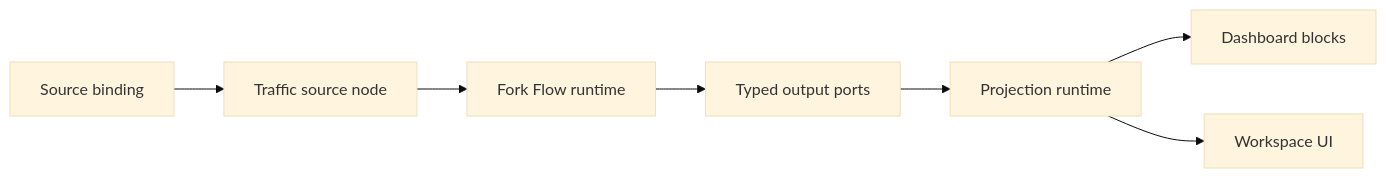
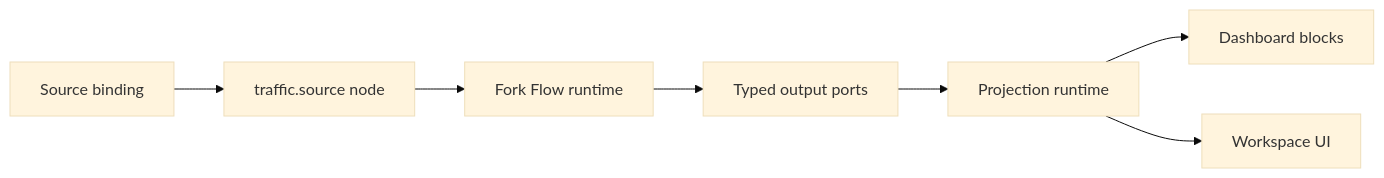
One commit to araxis/FluxMq changed the fourth of 4 diagrams in docs/architecture.md. Above: the diagram before and after it, drawn with Mermaid (base theme). The commit also changed other lines of this file and 13 other files, not shown here.

````diff
--- a/docs/architecture.md
+++ b/docs/architecture.md
@@ -204,9 +205,9 @@
 ```mermaid
 flowchart LR
-    Binding["Source binding"] --> Source["Traffic source node"]
+    Binding["Source binding"] --> Source["traffic.source node"]
     Source --> Runtime["Fork Flow runtime"]
     Runtime --> Ports["Typed output ports"]
     Ports --> Projections["Projection runtime"]
     Projections --> Dashboard["Dashboard blocks"]
     Projections --> UI["Workspace UI"]
 ```
````
